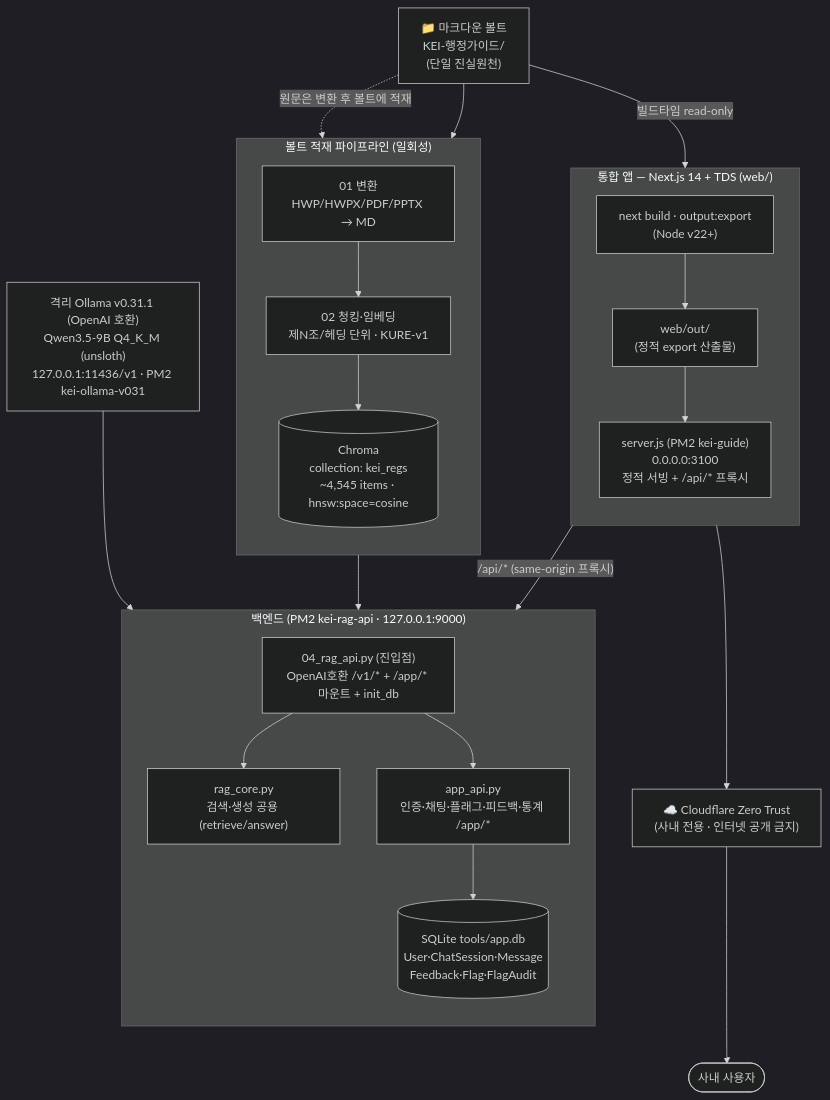
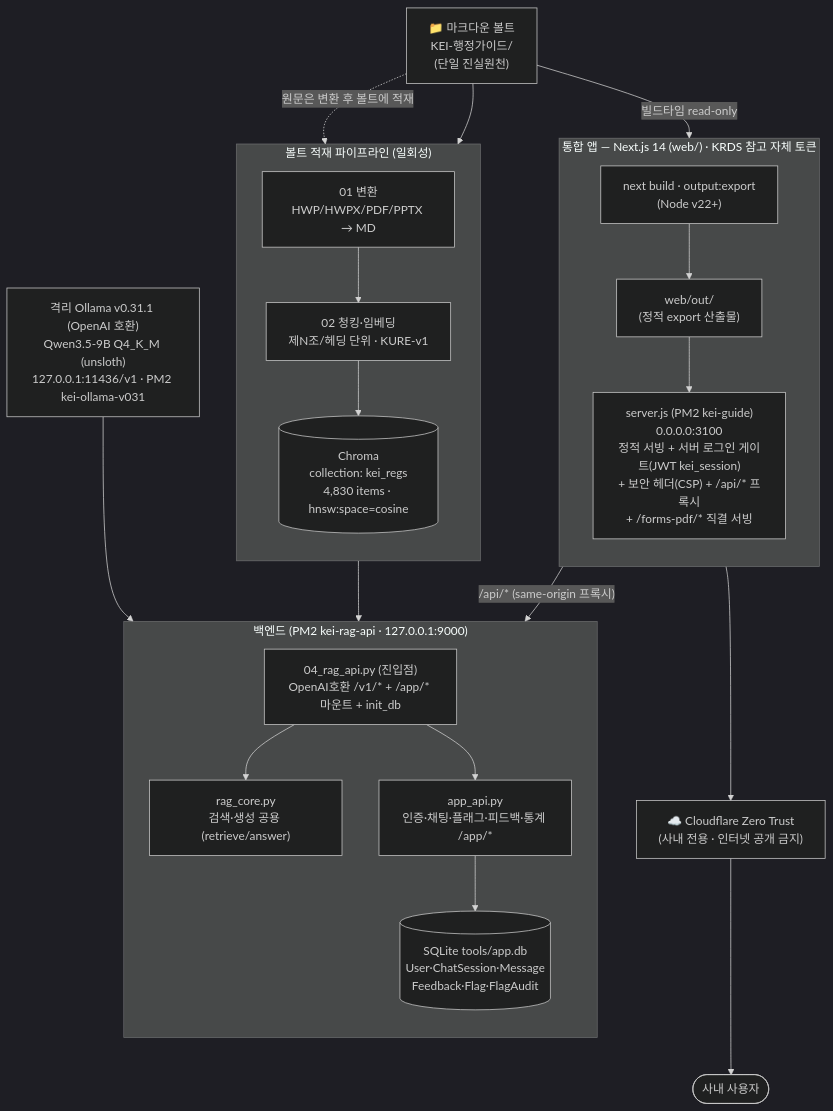
The first of 4 diagrams in docs/02-architecture.md (mooner92/KEIAdminSuperv), drawn with Mermaid (dark theme) before and after one commit. The commit also changed other lines of this file and 13 other files, not shown here.

````diff
--- a/docs/02-architecture.md
+++ b/docs/02-architecture.md
@@ -35,44 +35,44 @@
 ```mermaid
 flowchart TD
     VAULT["📁 마크다운 볼트<br/>KEI-행정가이드/<br/>(단일 진실원천)"]
 
-    subgraph APP["통합 앱 — Next.js 14 + TDS (web/)"]
+    subgraph APP["통합 앱 — Next.js 14 (web/) · KRDS 참고 자체 토큰"]
         direction TB
         NEXT["next build · output:export<br/>(Node v22+)"]
         OUT["web/out/<br/>(정적 export 산출물)"]
-        SERVER["server.js (PM2 kei-guide)<br/>0.0.0.0:3100<br/>정적 서빙 + /api/* 프록시"]
+        SERVER["server.js (PM2 kei-guide)<br/>0.0.0.0:3100<br/>정적 서빙 + 서버 로그인 게이트(JWT kei_session)<br/>+ 보안 헤더(CSP) + /api/* 프록시<br/>+ /forms-pdf/* 직결 서빙"]
         NEXT --> OUT --> SERVER
     end
 
     subgraph PIPE["볼트 적재 파이프라인 (일회성)"]
         direction TB
         CONV["01 변환<br/>HWP/HWPX/PDF/PPTX → MD"]
         EMBED["02 청킹·임베딩<br/>제N조/헤딩 단위 · KURE-v1"]
-        CHROMA[("Chroma<br/>collection: kei_regs<br/>~4,545 items · hnsw:space=cosine")]
+        CHROMA[("Chroma<br/>collection: kei_regs<br/>4,830 items · hnsw:space=cosine")]
         CONV --> EMBED --> CHROMA
     end
 
     subgraph BACK["백엔드 (PM2 kei-rag-api · 127.0.0.1:9000)"]
         direction TB
         ENTRY["04_rag_api.py (진입점)<br/>OpenAI호환 /v1/* + /app/* 마운트 + init_db"]
         CORE["rag_core.py<br/>검색·생성 공용 (retrieve/answer)"]
         APPAPI["app_api.py<br/>인증·채팅·플래그·피드백·통계 /app/*"]
         DB[("SQLite tools/app.db<br/>User·ChatSession·Message<br/>Feedback·Flag·FlagAudit")]
         ENTRY --> CORE
         ENTRY --> APPAPI
         APPAPI --> DB
     end
 
     OLLAMA["격리 Ollama v0.31.1 (OpenAI 호환)<br/>Qwen3.5-9B Q4_K_M (unsloth)<br/>127.0.0.1:11436/v1 · PM2 kei-ollama-v031"]
 
     VAULT -- "빌드타임 read-only" --> NEXT
     VAULT -. "원문은 변환 후 볼트에 적재" .-> CONV
     VAULT --> EMBED
 
     SERVER -- "/api/* (same-origin 프록시)" --> ENTRY
     CHROMA --> CORE
     OLLAMA --> CORE
 
     SERVER --> CF["☁️ Cloudflare Zero Trust<br/>(사내 전용 · 인터넷 공개 금지)"]
     CF --> USER(["사내 사용자"])
 ```
````
